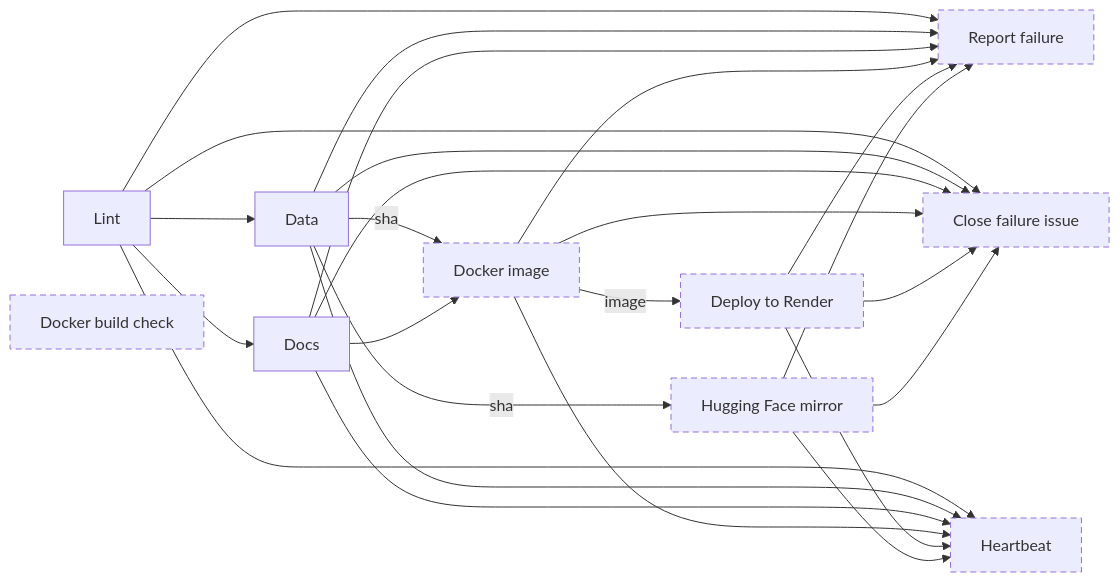
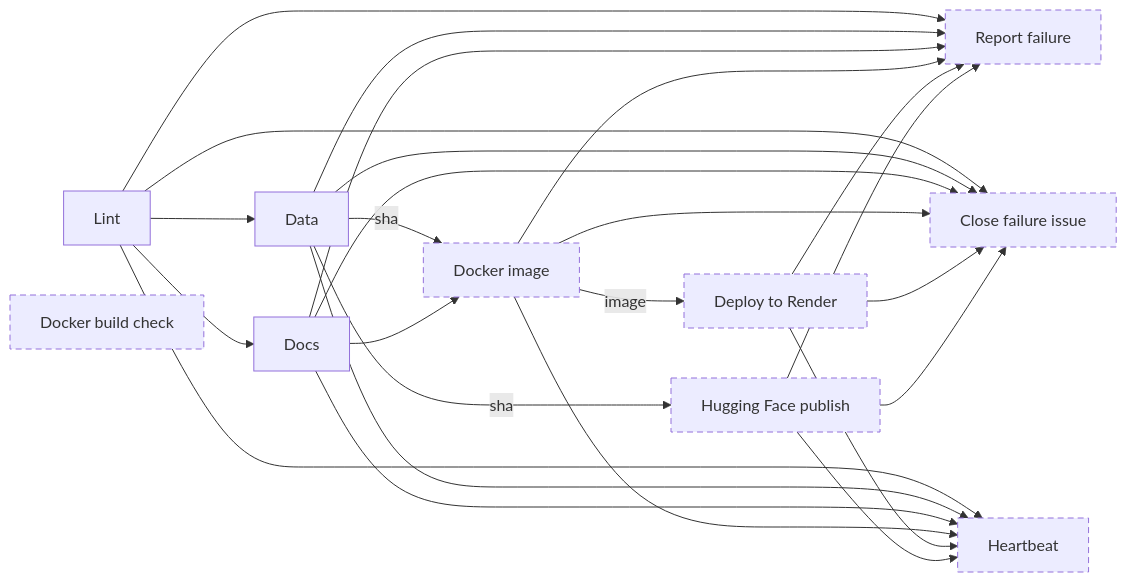
The second of 3 diagrams in docs/architecture.md (tryph0n/hybrid-tracker), drawn with Mermaid before and after one commit. The commit also changed other lines of this file and 11 other files, not shown here.

````diff
--- a/docs/architecture.md
+++ b/docs/architecture.md
@@ -58,38 +58,38 @@
 ```mermaid
 flowchart LR
   classDef conditional stroke-dasharray: 6 4
   job_lint["Lint"]
   job_data["Data"]
   job_docs["Docs"]
   job_image_check["Docker build check"]:::conditional
   job_image["Docker image"]:::conditional
   job_deploy["Deploy to Render"]:::conditional
-  job_mirror["Hugging Face mirror"]:::conditional
+  job_publish["Hugging Face publish"]:::conditional
   job_report_failure["Report failure"]:::conditional
   job_close_failure["Close failure issue"]:::conditional
   job_heartbeat["Heartbeat"]:::conditional
   job_lint --> job_data
   job_lint --> job_docs
   job_data -->|sha| job_image
   job_docs --> job_image
   job_image -->|image| job_deploy
-  job_data -->|sha| job_mirror
+  job_data -->|sha| job_publish
   job_lint --> job_report_failure
   job_data --> job_report_failure
   job_docs --> job_report_failure
   job_image --> job_report_failure
   job_deploy --> job_report_failure
-  job_mirror --> job_report_failure
+  job_publish --> job_report_failure
   job_lint --> job_close_failure
   job_data --> job_close_failure
   job_docs --> job_close_failure
   job_image --> job_close_failure
   job_deploy --> job_close_failure
-  job_mirror --> job_close_failure
+  job_publish --> job_close_failure
   job_lint --> job_heartbeat
   job_data --> job_heartbeat
   job_docs --> job_heartbeat
   job_image --> job_heartbeat
   job_deploy --> job_heartbeat
-  job_mirror --> job_heartbeat
+  job_publish --> job_heartbeat
 ```
````
